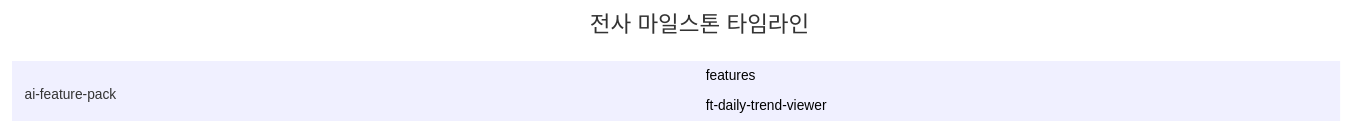
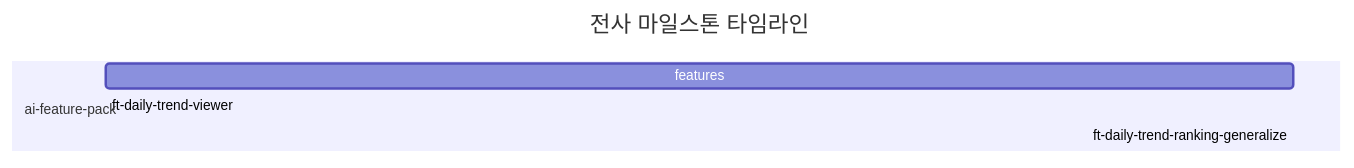
One commit to yoonhwan/ai-feature-pack changed the diagram in .cairn/views/plan.md. Above: the diagram before and after it, drawn with Mermaid. The commit also changed 1 other file, not shown here.

Commit message:
add-task ai-feature-pack/ms1: ft-daily-trend-ranking-generalize

````diff
--- a/.cairn/views/plan.md
+++ b/.cairn/views/plan.md
@@ -3,11 +3,12 @@
 ```mermaid
 gantt
     dateFormat YYYY-MM-DD
     axisFormat %y.%m.%d
     tickInterval 1week
     title 전사 마일스톤 타임라인
     section ai-feature-pack
-    features :ms1, 2026-07-07, 2026-07-07
+    features :ms1, 2026-07-07, 2026-07-08
     ft-daily-trend-viewer :done, ms1-t1, 2026-07-07, 2026-07-07
+    ft-daily-trend-ranking-generalize :ms1-t2, 2026-07-08, 2026-07-08
 
 ```
````
